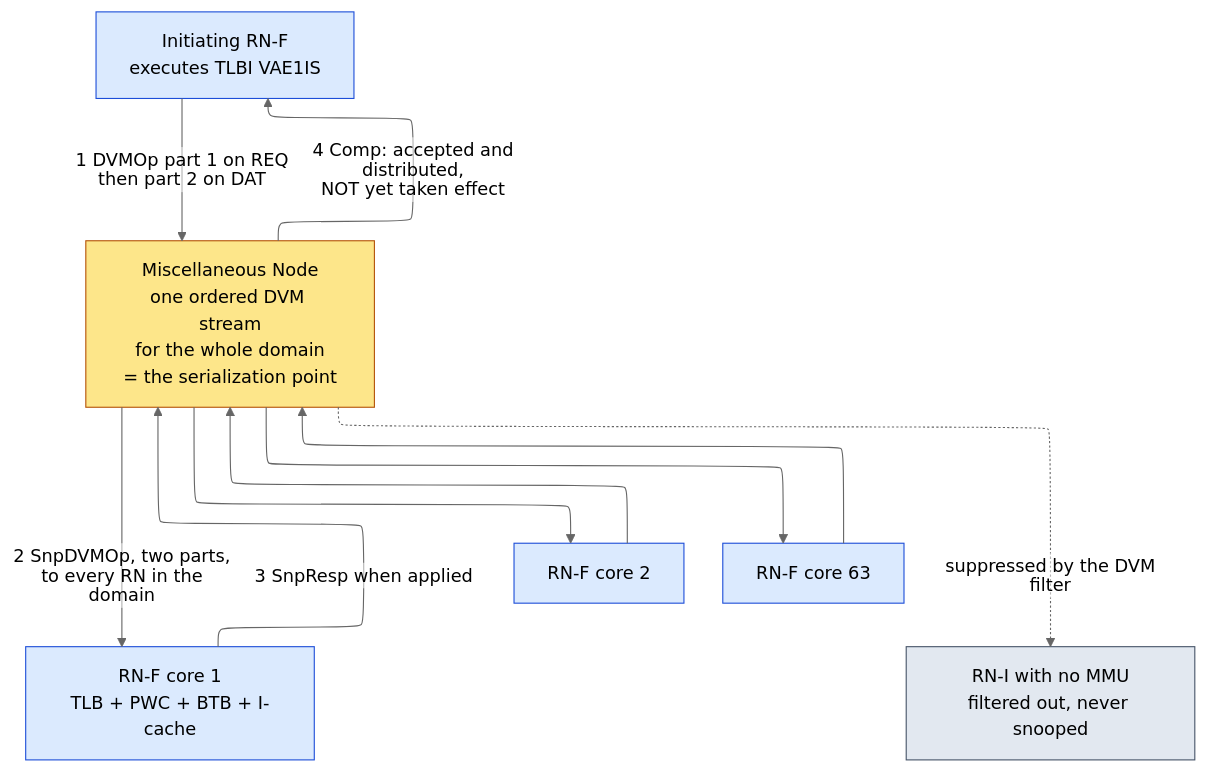
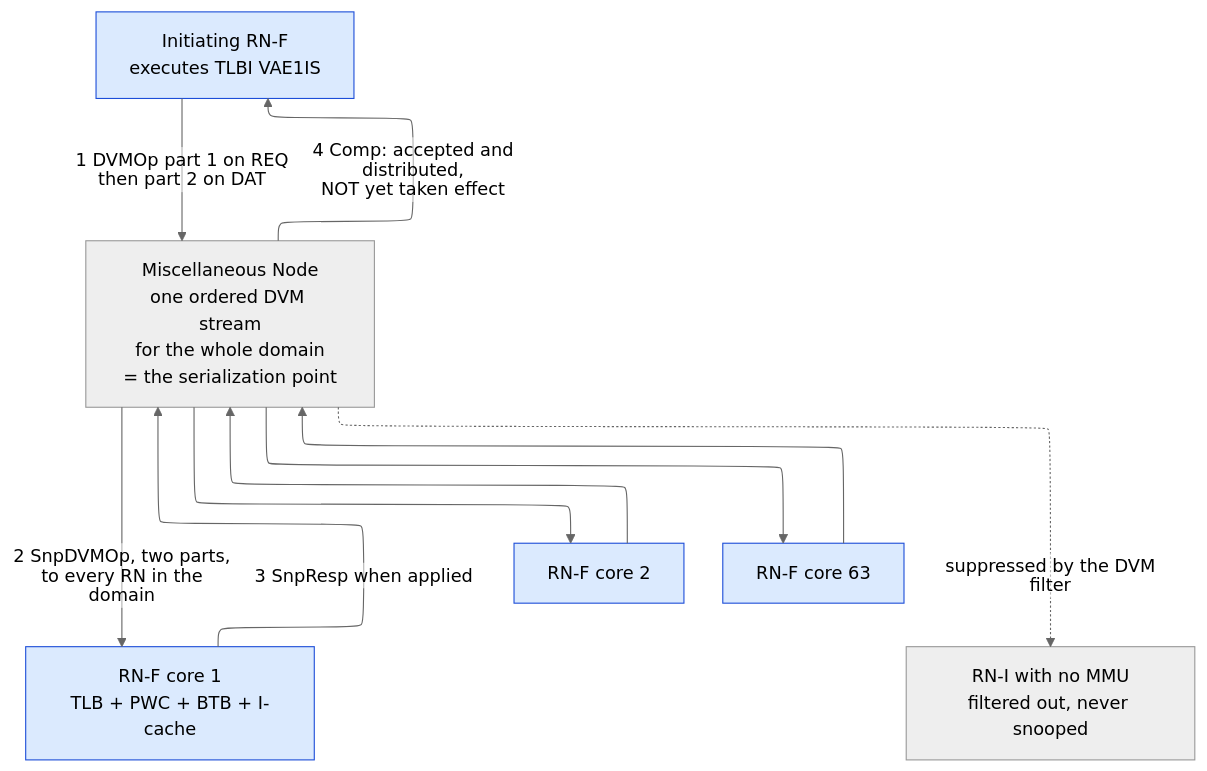
Diagram 18 of 20 in 01_Architecture_and_PPA/01_CPU_Architecture/06_Coherence_and_Consistency/03_ACE_and_CHI.md (Wty2003328/silicon-design-notebook), drawn with Mermaid (neutral theme) before and after one commit. The commit also changed other lines of this file and 125 other files, not shown here.

First line of the commit message:
Complete the AMBA family, refresh the learning path, and make every figure and formula actually render

````diff
--- a/01_Architecture_and_PPA/01_CPU_Architecture/06_Coherence_and_Consistency/03_ACE_and_CHI.md
+++ b/01_Architecture_and_PPA/01_CPU_Architecture/06_Coherence_and_Consistency/03_ACE_and_CHI.md
@@ -1603,22 +1592,20 @@
 ```mermaid
 %%{init: {"flowchart": {"defaultRenderer": "elk", "nodeSpacing": 50, "rankSpacing": 55, "htmlLabels": false}}}%%
 flowchart TD
     RN0["Initiating RN-F<br/>executes TLBI VAE1IS"]:::rn
-    MN["Miscellaneous Node<br/>one ordered DVM stream<br/>for the whole domain<br/>= the serialization point"]:::mn
+    MN["Miscellaneous Node<br/>one ordered DVM stream<br/>for the whole domain<br/>= the serialization point"]
     A["RN-F core 1<br/>TLB + PWC + BTB + I-cache"]:::rn
     B["RN-F core 2"]:::rn
     C["RN-F core 63"]:::rn
-    IO["RN-I with no MMU<br/>filtered out, never snooped"]:::skip
+    IO["RN-I with no MMU<br/>filtered out, never snooped"]
     RN0 -->|"1 DVMOp part 1 on REQ<br/>then part 2 on DAT"| MN
     MN -->|"2 SnpDVMOp, two parts, to every RN in the domain"| A
     MN --> B
     MN --> C
     MN -.->|"suppressed by the DVM filter"| IO
     A -->|"3 SnpResp when applied"| MN
     B --> MN
     C --> MN
     MN -->|"4 Comp: accepted and distributed,<br/>NOT yet taken effect"| RN0
     classDef rn fill:#dbeafe,stroke:#1d4ed8,color:#000
-    classDef mn fill:#fde68a,stroke:#b45309,color:#000
-    classDef skip fill:#e2e8f0,stroke:#475569,color:#000
 ```
````
